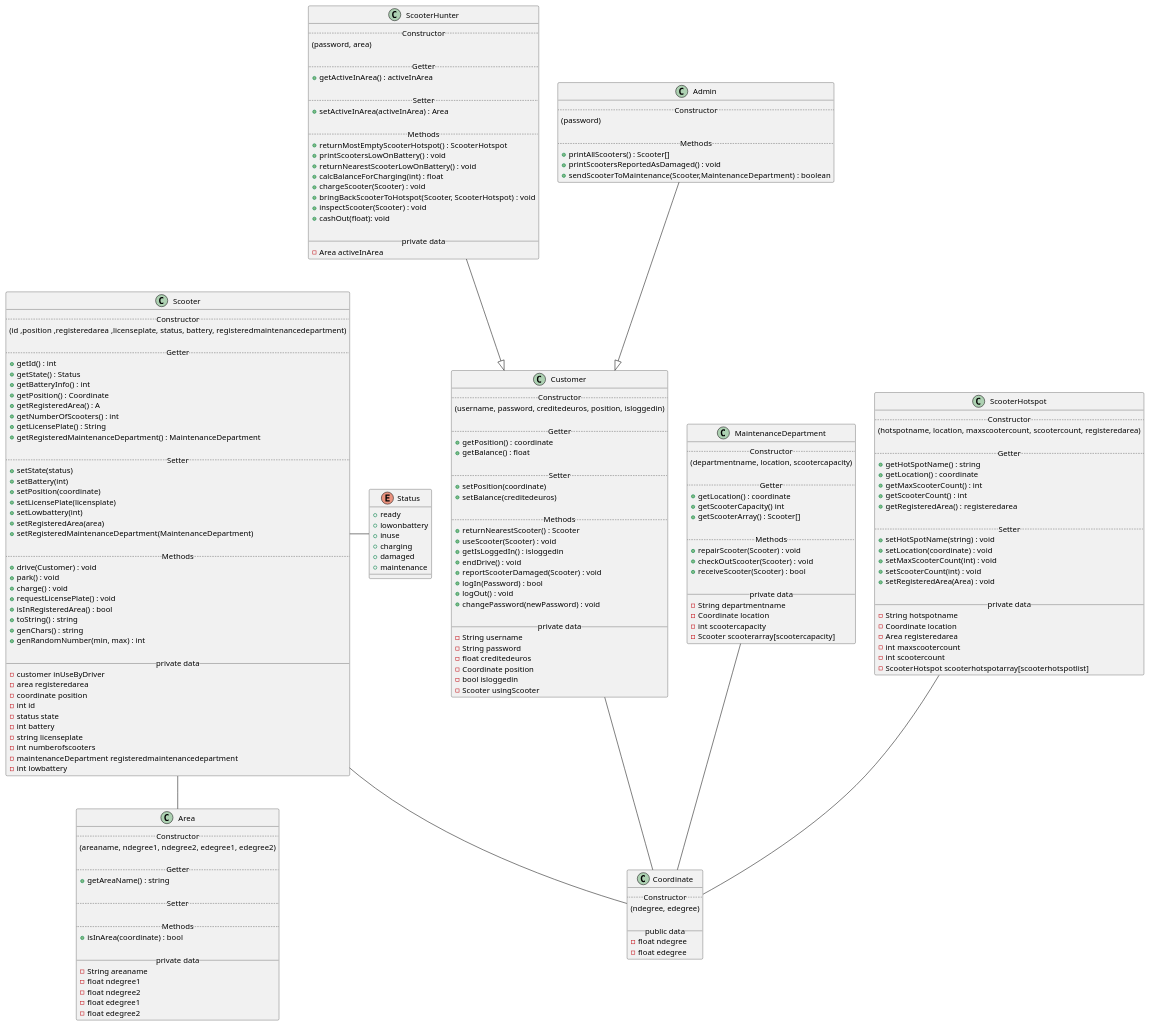
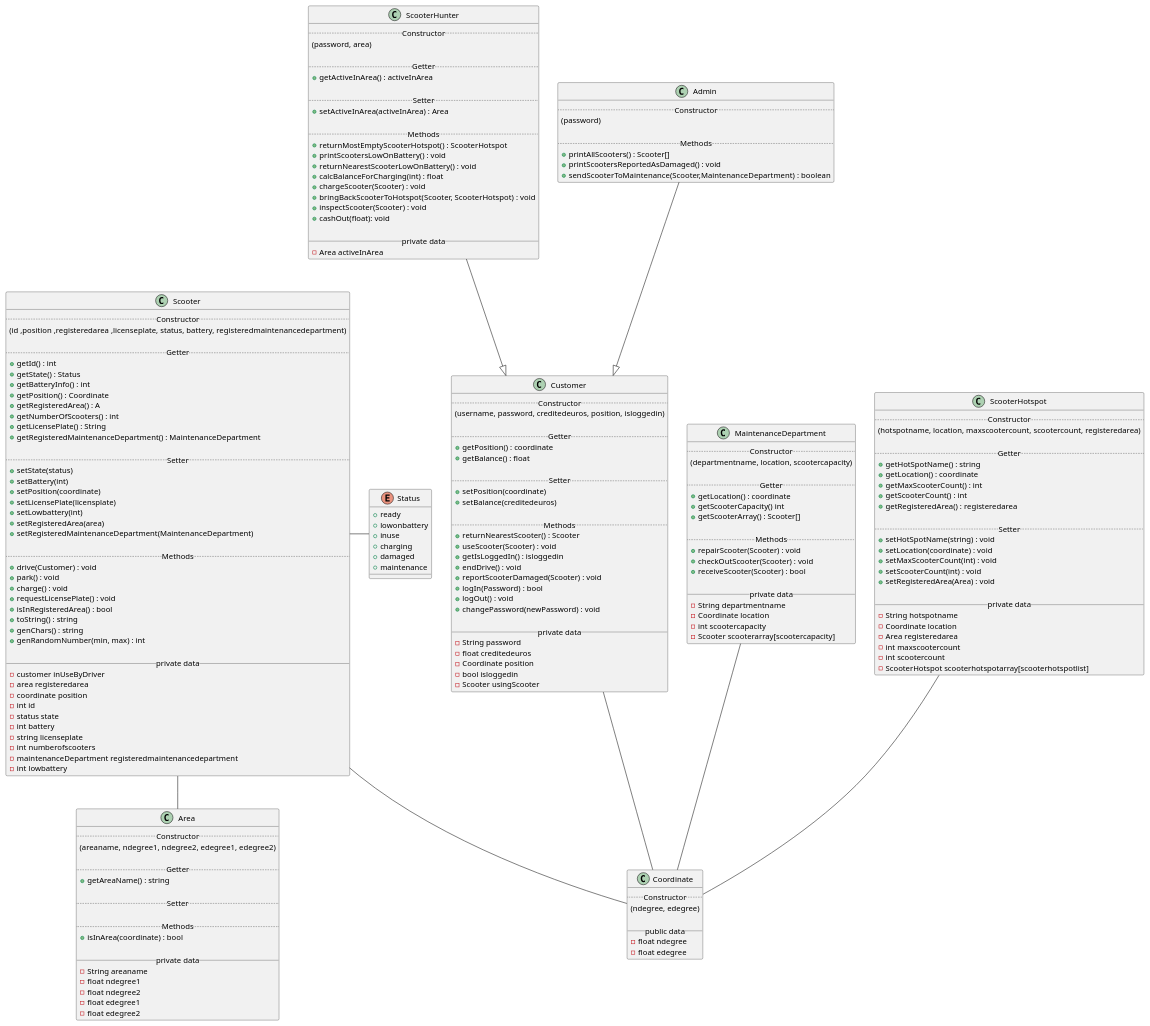
Before and after one commit to fh-erfurt/Scooter-MS: the diagram in assets/umldiagram.puml, drawn with PlantUML.

Commit message:
Updated UML

```diff
--- a/assets/umldiagram.puml
+++ b/assets/umldiagram.puml
@@ -101,7 +101,6 @@
   + changePassword(newPassword) : void
 
   __ private data __
-  -String username
   -String password
   -float creditedeuros
   -Coordinate position
```
